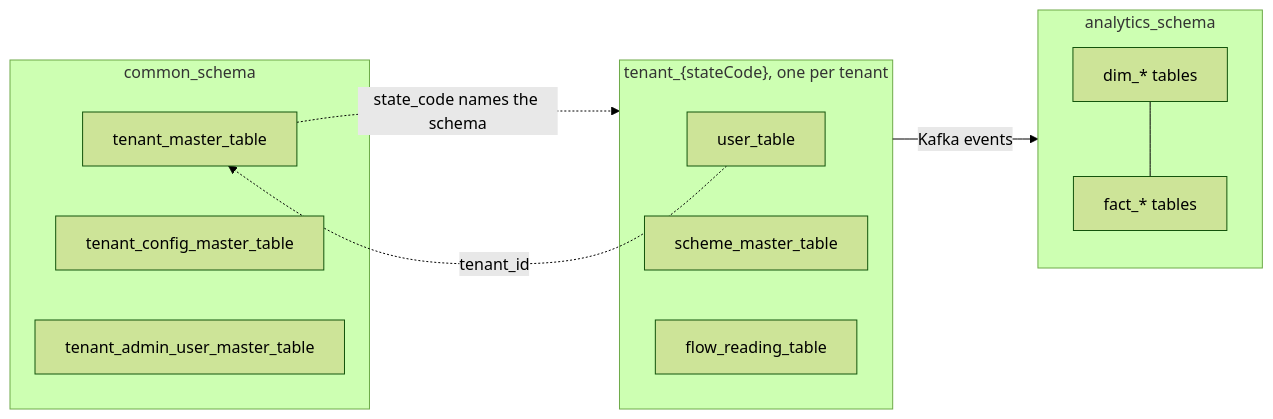
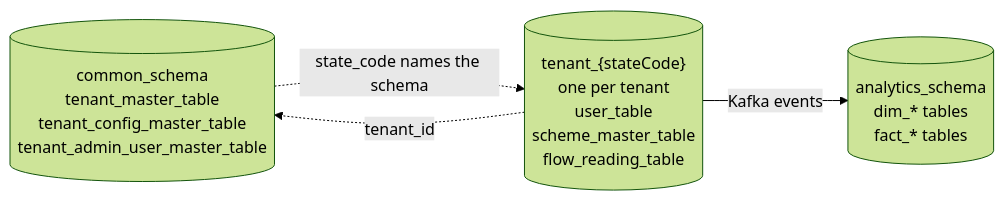
Before and after one commit to arghyam/JalSoochak: the first of 8 diagrams in gitbook/database-er-diagram.md, drawn with Mermaid (forest theme). The commit also changed other lines of this file, not shown here.

First line of the commit message:
Split the ER diagrams so they stay legible in GitBook

````diff
--- a/gitbook/database-er-diagram.md
+++ b/gitbook/database-er-diagram.md
@@ -15,21 +16,9 @@
 ```mermaid
 flowchart LR
-    subgraph CS[common_schema]
-        TM[tenant_master_table]
-        CFG[tenant_config_master_table]
-        ADM[tenant_admin_user_master_table]
-    end
-    subgraph TS["tenant_{stateCode}, one per tenant"]
-        USR[user_table]
-        SCH[scheme_master_table]
-        FR[flow_reading_table]
-    end
-    subgraph AS[analytics_schema]
-        DIM[dim_* tables]
-        FACT[fact_* tables]
-    end
-    TM -. "state_code names the schema" .-> TS
-    USR -. "tenant_id" .-> TM
+    CS[("common_schema<br/>tenant_master_table<br/>tenant_config_master_table<br/>tenant_admin_user_master_table")]
+    TS[("tenant_{stateCode}<br/>one per tenant<br/>user_table<br/>scheme_master_table<br/>flow_reading_table")]
+    AS[("analytics_schema<br/>dim_* tables<br/>fact_* tables")]
+    CS -. "state_code names the schema" .-> TS
+    TS -. "tenant_id" .-> CS
     TS -- "Kafka events" --> AS
-    DIM --- FACT
 ```
````
